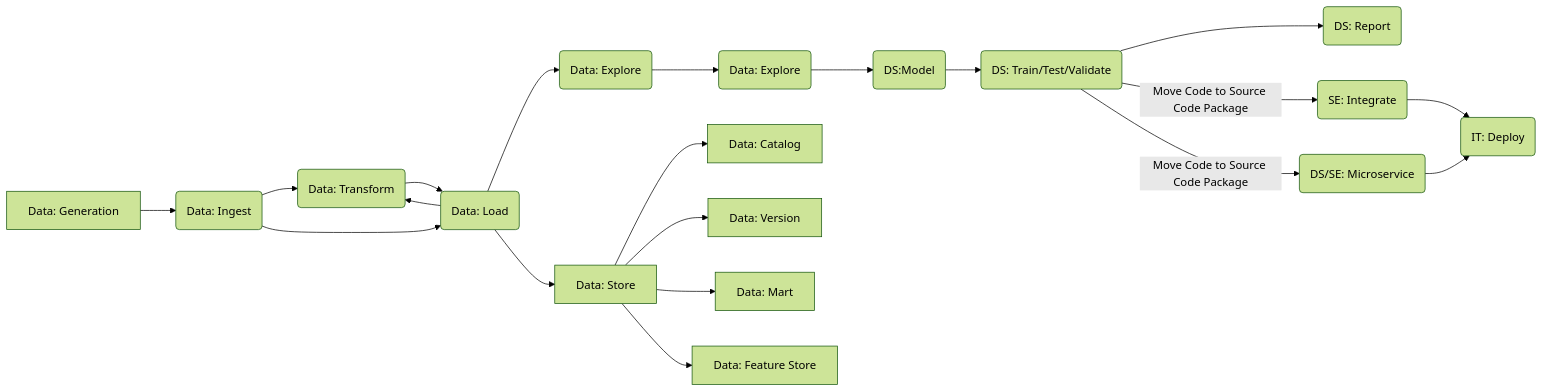
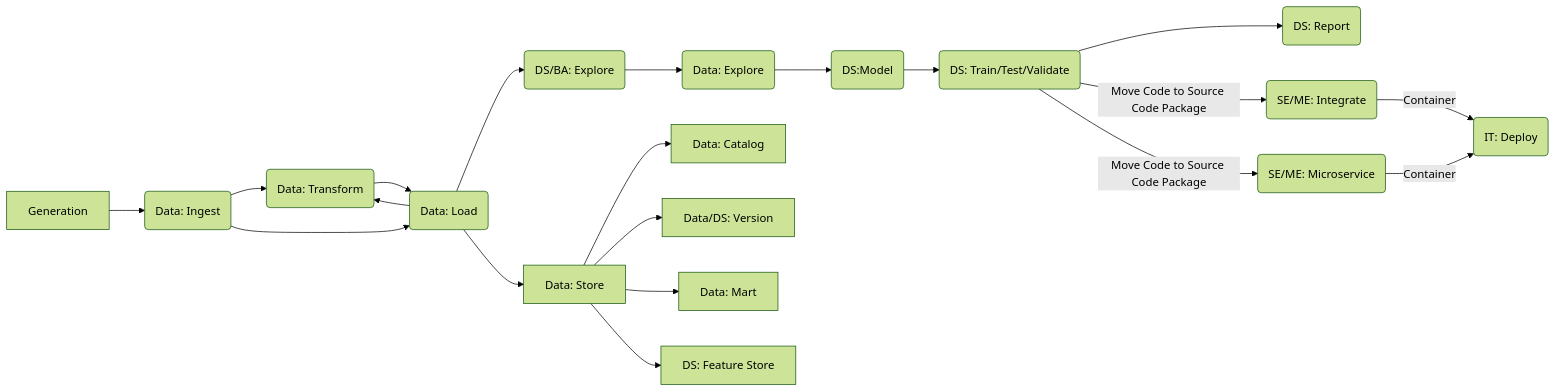
The first of 2 diagrams in docs/docs/index.md (mraarone/dsbaseline), drawn with Mermaid (forest theme) before and after one commit.

````diff
--- a/docs/docs/index.md
+++ b/docs/docs/index.md
@@ -118,13 +118,13 @@
 ```mermaid
 flowchart LR
-    A[Data: Generation] --> B(Data: Ingest) --> C(Data: Transform) --> D(Data: Load) --> E(Data: Explore) --> F(Data: Explore) --> G(DS:Model)
+    A[Generation] --> B(Data: Ingest) --> C(Data: Transform) --> D(Data: Load) --> E(DS/BA: Explore) --> F(Data: Explore) --> G(DS:Model)
     G --> H(DS: Train/Test/Validate) --> I(DS: Report)
-    H -->|Move Code to Source Code Package| O(SE: Integrate) & P(DS/SE: Microservice) --> Q(IT: Deploy)
+    H -->|Move Code to Source Code Package| O(SE/ME: Integrate) & P(SE/ME: Microservice) -->|Container| Q(IT: Deploy)
     B --> D
     D --> C
     D --> J[Data: Store]
     J --> K[Data: Catalog]
-    J --> L[Data: Version]
+    J --> L[Data/DS: Version]
     J --> M[Data: Mart]
-    J --> N[Data: Feature Store]
+    J --> N[DS: Feature Store]
 ```
````
